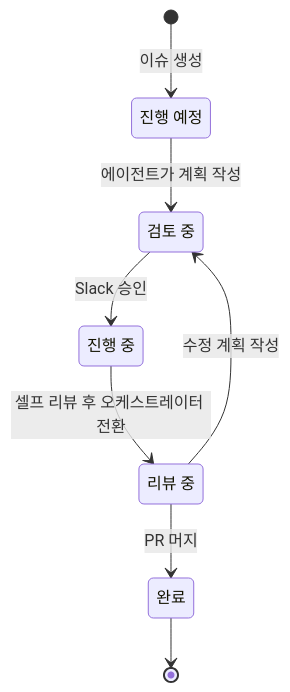
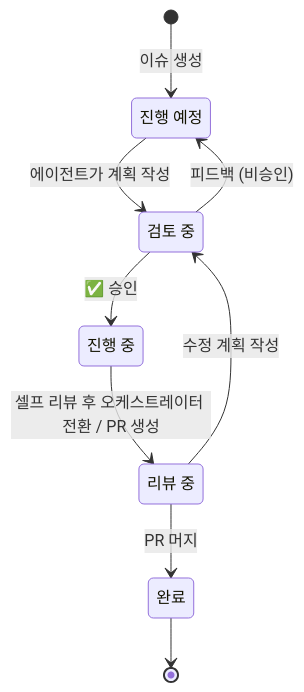
One commit to gmae199boy/symphony-ts changed the second of 5 diagrams in docs/ARCHITECTURE.md. Above: the diagram before and after it, drawn with Mermaid. The commit also changed other lines of this file and 24 other files, not shown here.

````diff
--- a/docs/ARCHITECTURE.md
+++ b/docs/ARCHITECTURE.md
@@ -135,20 +135,21 @@
 ```mermaid
 stateDiagram-v2
     state "진행 예정" as idea
     state "검토 중" as plan_review
     state "진행 중" as in_progress
     state "리뷰 중" as in_review
     state "완료" as done
 
     [*] --> idea : 이슈 생성
 
     idea --> plan_review : 에이전트가 계획 작성
-    plan_review --> in_progress : Slack 승인
+    plan_review --> in_progress : ✅ 승인
+    plan_review --> idea : 피드백 (비승인)
 
-    in_progress --> in_review : 셀프 리뷰 후 오케스트레이터 전환
+    in_progress --> in_review : 셀프 리뷰 후 오케스트레이터 전환 / PR 생성
 
     in_review --> plan_review : 수정 계획 작성
     in_review --> done : PR 머지
 
     done --> [*]
 ```
````
